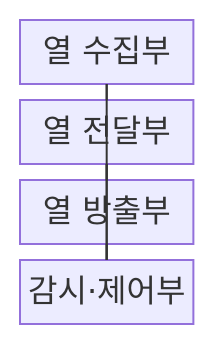
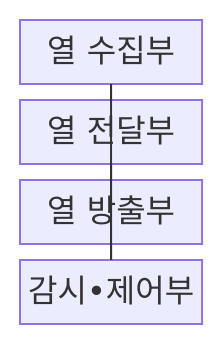
One commit to agnusdei1207/knowledge-base changed the first of 2 diagrams in src/content/docs/notes/02-hardware/057_cooling_system.md. Above: the diagram before and after it, drawn with Mermaid. The commit also changed other lines of this file and 953 other files, not shown here.

````diff
--- a/src/content/docs/notes/02-hardware/057_cooling_system.md
+++ b/src/content/docs/notes/02-hardware/057_cooling_system.md
@@ -67,13 +67,13 @@
 ```mermaid
 block
   columns 1
   A["열 수집부"]
   B["열 전달부"]
   C["열 방출부"]
-  D["감시·제어부"]
+  D["감시•제어부"]
   A --- B
   B --- C
   D --- A
   D --- B
   D --- C
 ```
````
